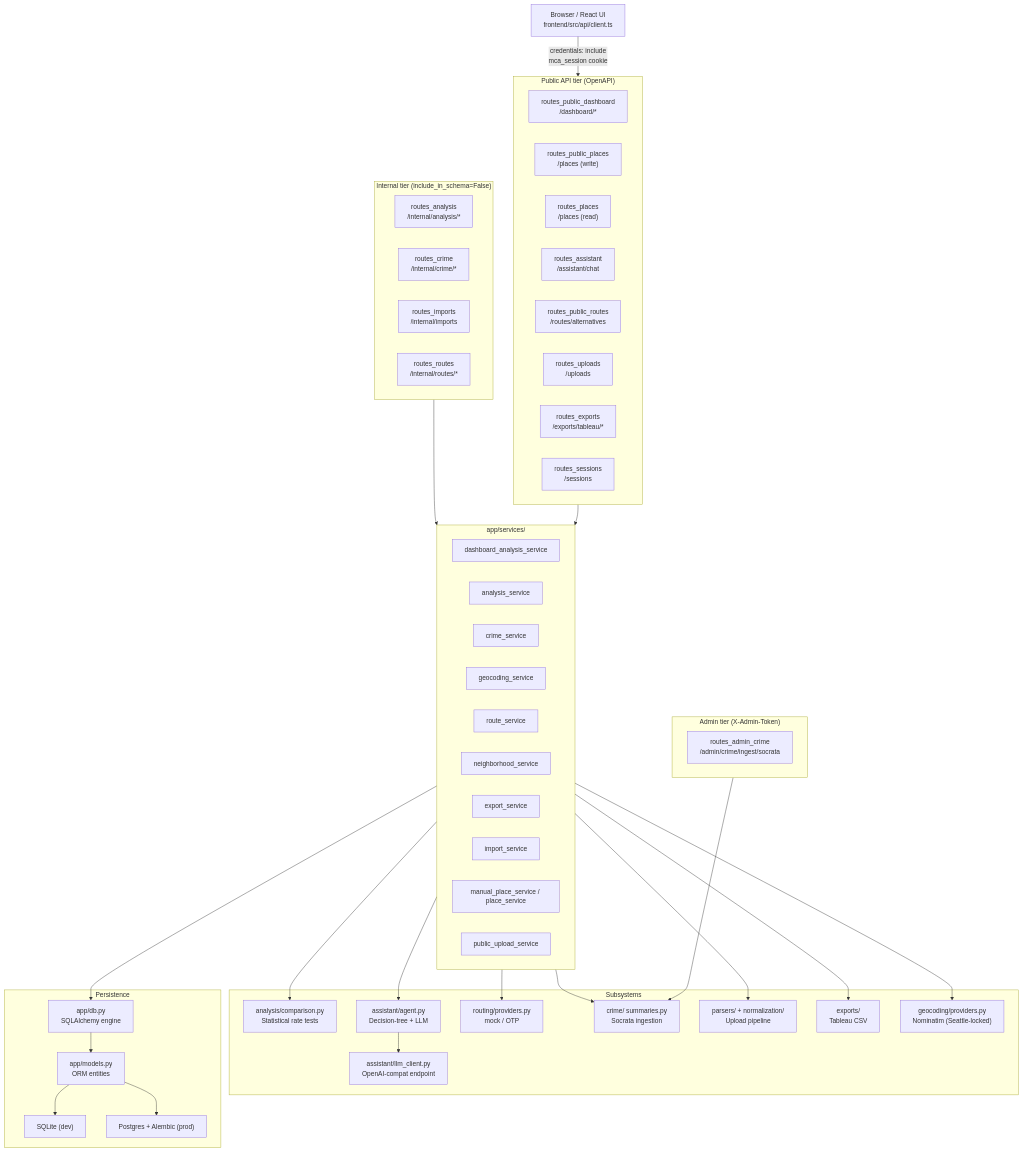
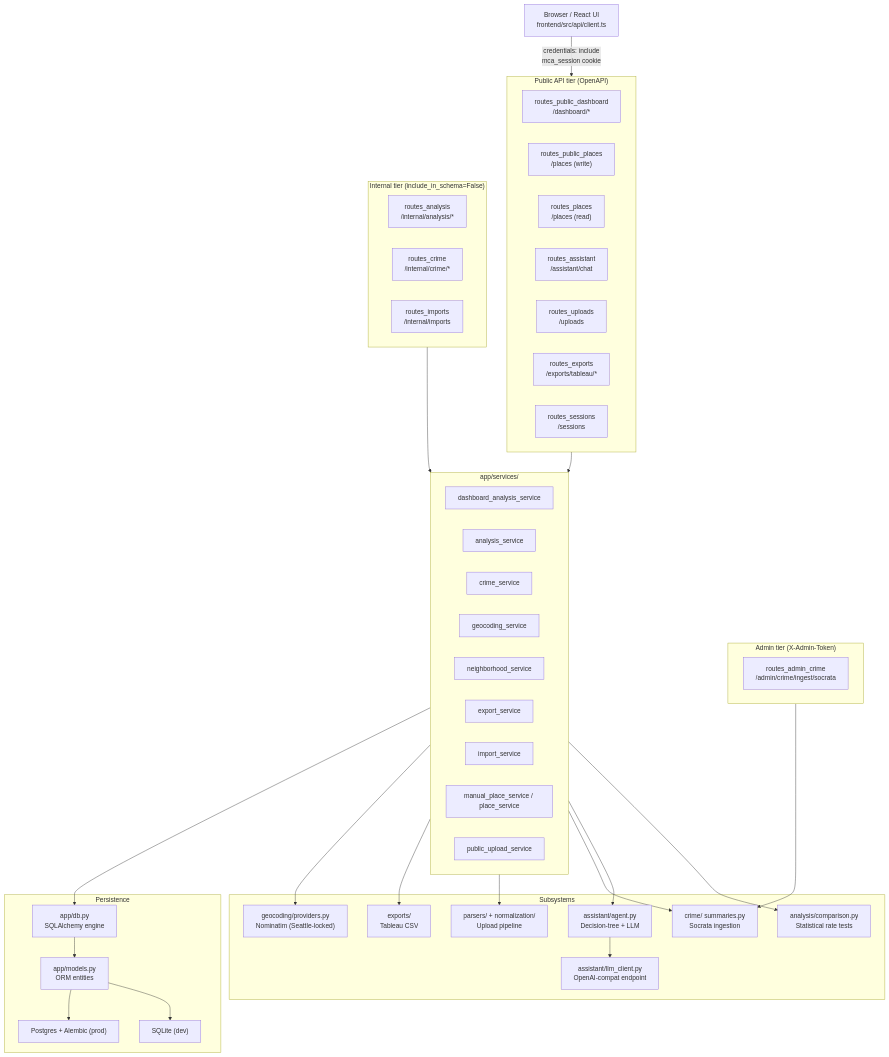
Before and after one commit to jcscocca/crime-commute-safety-tool: the diagram in docs/architecture/overview.md, drawn with Mermaid. The commit also changed other lines of this file and 23 other files, not shown here.

````diff
--- a/docs/architecture/overview.md
+++ b/docs/architecture/overview.md
@@ -130,74 +128,69 @@
 ```mermaid
 flowchart TD
     Browser["Browser / React UI\nfrontend/src/api/client.ts"]
 
     subgraph Public["Public API tier (OpenAPI)"]
         PD["routes_public_dashboard\n/dashboard/*"]
         PP["routes_public_places\n/places (write)"]
         PL["routes_places\n/places (read)"]
         PA["routes_assistant\n/assistant/chat"]
-        PR["routes_public_routes\n/routes/alternatives"]
         PU["routes_uploads\n/uploads"]
         PE["routes_exports\n/exports/tableau/*"]
         PS["routes_sessions\n/sessions"]
     end
 
     subgraph Internal["Internal tier (include_in_schema=False)"]
         IA["routes_analysis\n/internal/analysis/*"]
         IC["routes_crime\n/internal/crime/*"]
         II["routes_imports\n/internal/imports"]
-        IR["routes_routes\n/internal/routes/*"]
     end
 
     subgraph Admin["Admin tier (X-Admin-Token)"]
         AC["routes_admin_crime\n/admin/crime/ingest/socrata"]
     end
 
     subgraph Services["app/services/"]
         DAS["dashboard_analysis_service"]
         AS["analysis_service"]
         CS["crime_service"]
         GS["geocoding_service"]
-        RS["route_service"]
         NS["neighborhood_service"]
         ES["export_service"]
         IS["import_service"]
         PLS["manual_place_service / place_service"]
         US["public_upload_service"]
     end
 
     subgraph Subsystems["Subsystems"]
         ANAL["analysis/comparison.py\nStatistical rate tests"]
         ASST["assistant/agent.py\nDecision-tree + LLM"]
         LLM["assistant/llm_client.py\nOpenAI-compat endpoint"]
-        ROUT["routing/providers.py\nmock / OTP"]
         CRIME["crime/ summaries.py\nSocrata ingestion"]
         PARSE["parsers/ + normalization/\nUpload pipeline"]
         EXP["exports/\nTableau CSV"]
         GEO["geocoding/providers.py\nNominatim (Seattle-locked)"]
     end
 
     subgraph Persistence["Persistence"]
         DB["app/db.py\nSQLAlchemy engine"]
         MODELS["app/models.py\nORM entities"]
         SQLITE["SQLite (dev)"]
         PG["Postgres + Alembic (prod)"]
     end
 
     Browser -->|"credentials: include\nmca_session cookie"| Public
     Public --> Services
     Internal --> Services
     Admin --> CRIME
     Services --> ANAL
     Services --> ASST
-    Services --> ROUT
     Services --> CRIME
     Services --> PARSE
     Services --> EXP
     Services --> GEO
     ASST --> LLM
     Services --> DB
     DB --> MODELS
     MODELS --> SQLITE
     MODELS --> PG
 ```
````
